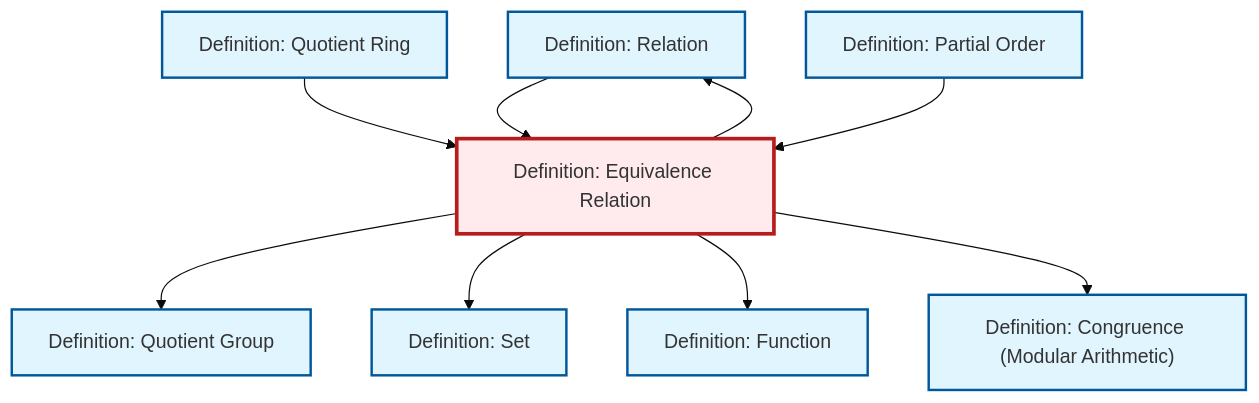
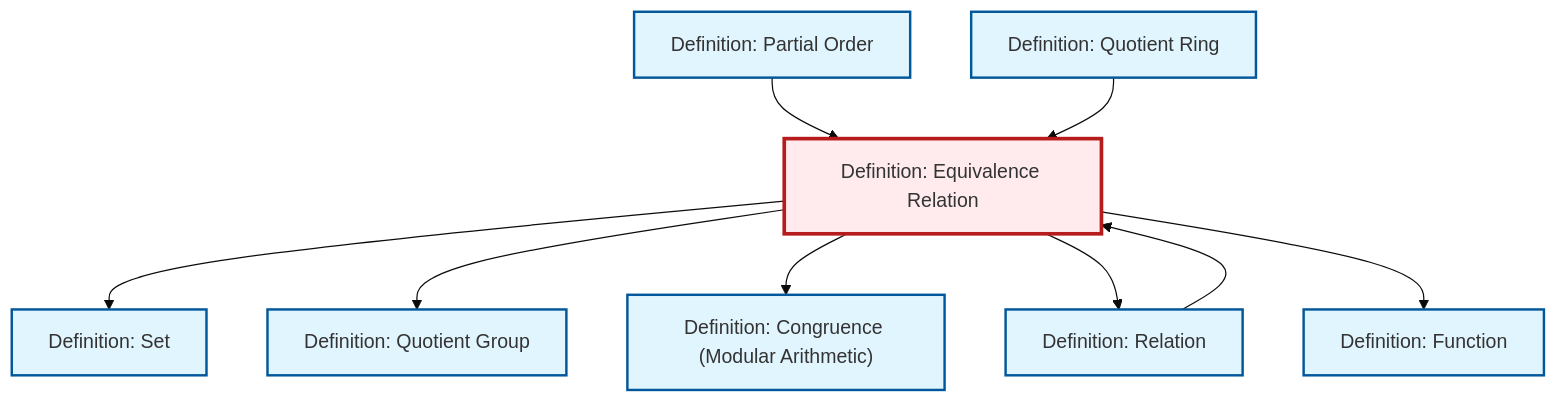
Before and after one commit to RK0429/ModernMath: the diagram in content/ja/logic-set-theory/def-equivalence-relation.qmd, drawn with Mermaid (base theme). The commit also changed other lines of this file and 634 other files, not shown here.

````diff
--- a/content/ja/logic-set-theory/def-equivalence-relation.qmd
+++ b/content/ja/logic-set-theory/def-equivalence-relation.qmd
@@ -116,33 +116,33 @@
 ```{mermaid}
 %%| fig-cap: "Local dependency graph"
 graph TD
     classDef definition fill:#e1f5fe,stroke:#01579b,stroke-width:2px
     classDef theorem fill:#f3e5f5,stroke:#4a148c,stroke-width:2px
     classDef axiom fill:#fff3e0,stroke:#e65100,stroke-width:2px
     classDef example fill:#e8f5e9,stroke:#1b5e20,stroke-width:2px
     classDef current fill:#ffebee,stroke:#b71c1c,stroke-width:3px
-    def-relation["Definition: Relation"]:::definition
-    def-congruence["Definition: Congruence (Modular Arithmetic)"]:::definition
-    def-set["Definition: Set"]:::definition
-    def-partial-order["Definition: Partial Order"]:::definition
+    def-quotient-ring["Definition: Quotient Ring"]:::definition
     def-quotient-group["Definition: Quotient Group"]:::definition
     def-equivalence-relation["Definition: Equivalence Relation"]:::definition
-    def-quotient-ring["Definition: Quotient Ring"]:::definition
+    def-congruence["Definition: Congruence (Modular Arithmetic)"]:::definition
+    def-partial-order["Definition: Partial Order"]:::definition
     def-function["Definition: Function"]:::definition
+    def-relation["Definition: Relation"]:::definition
+    def-set["Definition: Set"]:::definition
+    def-equivalence-relation --> def-set
     def-equivalence-relation --> def-quotient-group
     def-relation --> def-equivalence-relation
-    def-equivalence-relation --> def-relation
-    def-equivalence-relation --> def-set
-    def-equivalence-relation --> def-function
-    def-quotient-ring --> def-equivalence-relation
     def-equivalence-relation --> def-congruence
     def-partial-order --> def-equivalence-relation
+    def-equivalence-relation --> def-relation
+    def-quotient-ring --> def-equivalence-relation
+    def-equivalence-relation --> def-function
     class def-equivalence-relation current
+    click def-quotient-ring "def-quotient-ring.html" "Definition: Quotient Ringへ"
+    click def-quotient-group "def-quotient-group.html" "Definition: Quotient Groupへ"
+    click def-congruence "def-congruence.html" "Definition: Congruence (Modular Arithmetic)へ"
+    click def-partial-order "def-partial-order.html" "Definition: Partial Orderへ"
+    click def-function "def-function.html" "Definition: Functionへ"
     click def-relation "def-relation.html" "Definition: Relationへ"
-    click def-congruence "def-congruence.html" "Definition: Congruence (Modular Arithmetic)へ"
     click def-set "def-set.html" "Definition: Setへ"
-    click def-partial-order "def-partial-order.html" "Definition: Partial Orderへ"
-    click def-quotient-group "def-quotient-group.html" "Definition: Quotient Groupへ"
-    click def-quotient-ring "def-quotient-ring.html" "Definition: Quotient Ringへ"
-    click def-function "def-function.html" "Definition: Functionへ"
 ```
````
